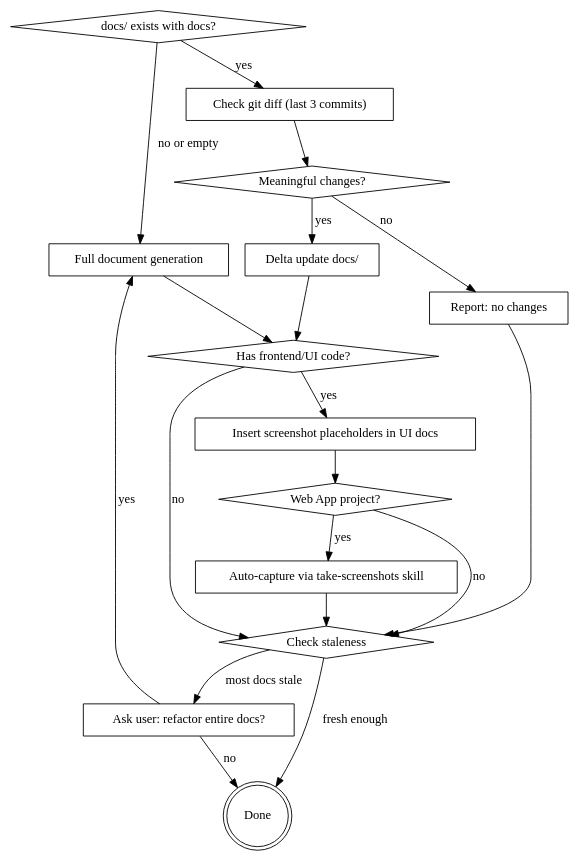
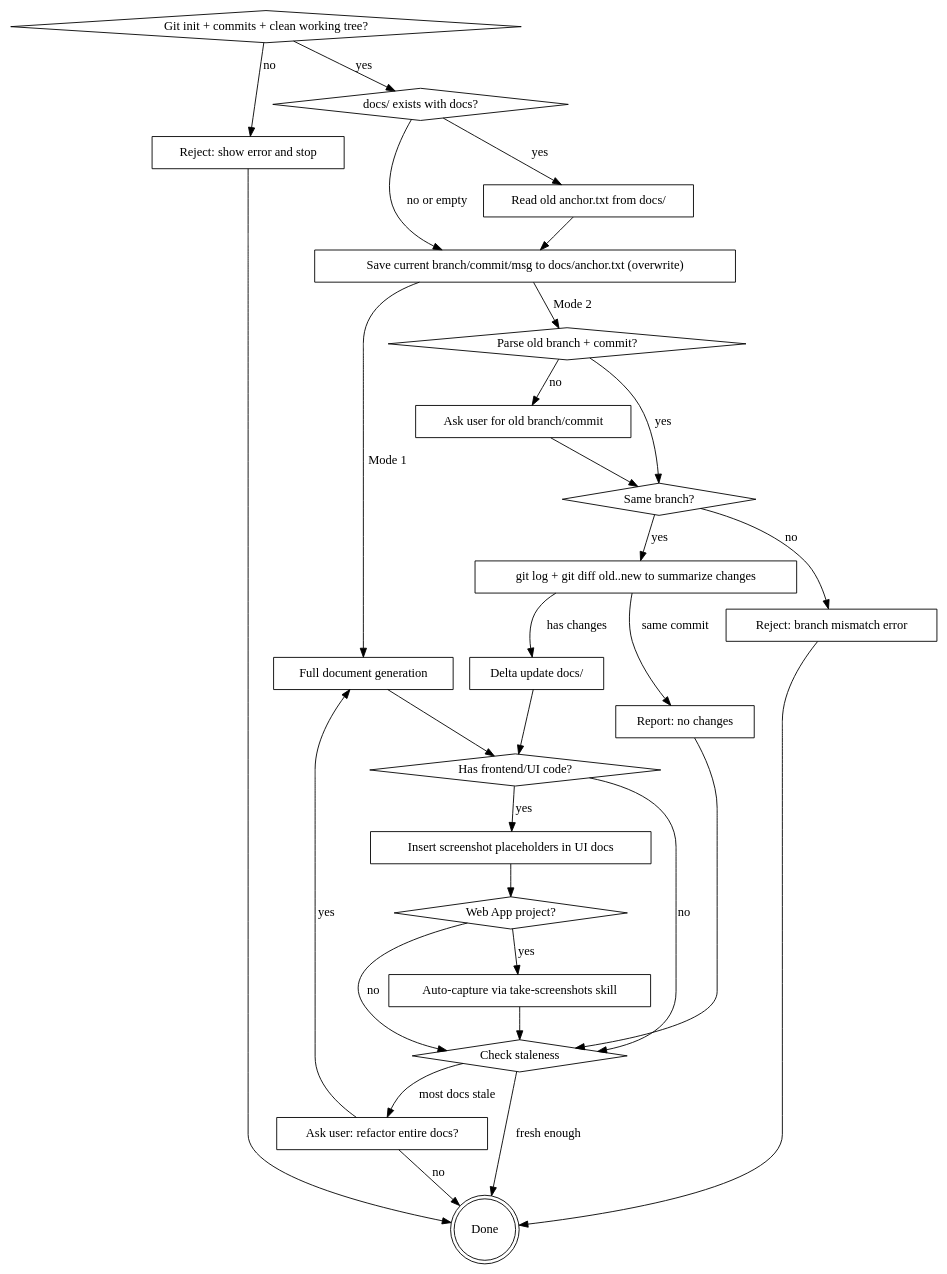
Before and after one commit to zhang-songhan/yanzhi-docs-generator: the diagram in skills/writing-docs/SKILL.md, drawn with Graphviz. The commit also changed other lines of this file and 2 other files, not shown here.

Commit message:
v260604-141023 docs. add git validation, anchor.txt tracking, and branch-aware delta update to writing-docs skill

````diff
--- a/skills/writing-docs/SKILL.md
+++ b/skills/writing-docs/SKILL.md
@@ -12,36 +12,54 @@
 ```dot
 digraph document_flow {
+    "Git init + commits + clean working tree?" [shape=diamond];
+    "Reject: show error and stop" [shape=box];
     "docs/ exists with docs?" [shape=diamond];
+    "Read old anchor.txt from docs/" [shape=box];
+    "Save current branch/commit/msg to docs/anchor.txt (overwrite)" [shape=box];
     "Full document generation" [shape=box];
-    "Check git diff (last 3 commits)" [shape=box];
-    "Meaningful changes?" [shape=diamond];
+    "Parse old branch + commit?" [shape=diamond];
+    "Ask user for old branch/commit" [shape=box];
+    "Same branch?" [shape=diamond];
+    "Reject: branch mismatch error" [shape=box];
+    "git log + git diff old..new to summarize changes" [shape=box];
     "Delta update docs/" [shape=box];
     "Report: no changes" [shape=box];
     "Has frontend/UI code?" [shape=diamond];
     "Insert screenshot placeholders in UI docs" [shape=box];
     "Web App project?" [shape=diamond];
     "Auto-capture via take-screenshots skill" [shape=box];
     "Check staleness" [shape=diamond];
     "Ask user: refactor entire docs?" [shape=box];
     "Done" [shape=doublecircle];
 
-    "docs/ exists with docs?" -> "Full document generation" [label="no or empty"];
-    "docs/ exists with docs?" -> "Check git diff (last 3 commits)" [label="yes"];
+    "Git init + commits + clean working tree?" -> "Reject: show error and stop" [label="no"];
+    "Git init + commits + clean working tree?" -> "docs/ exists with docs?" [label="yes"];
+    "docs/ exists with docs?" -> "Read old anchor.txt from docs/" [label="yes"];
+    "docs/ exists with docs?" -> "Save current branch/commit/msg to docs/anchor.txt (overwrite)" [label="no or empty"];
+    "Read old anchor.txt from docs/" -> "Save current branch/commit/msg to docs/anchor.txt (overwrite)";
+    "Save current branch/commit/msg to docs/anchor.txt (overwrite)" -> "Full document generation" [label="Mode 1"];
+    "Save current branch/commit/msg to docs/anchor.txt (overwrite)" -> "Parse old branch + commit?" [label="Mode 2"];
     "Full document generation" -> "Has frontend/UI code?";
-    "Check git diff (last 3 commits)" -> "Meaningful changes?";
-    "Meaningful changes?" -> "Delta update docs/" [label="yes"];
-    "Meaningful changes?" -> "Report: no changes" [label="no"];
+    "Parse old branch + commit?" -> "Ask user for old branch/commit" [label="no"];
+    "Parse old branch + commit?" -> "Same branch?" [label="yes"];
+    "Ask user for old branch/commit" -> "Same branch?";
+    "Same branch?" -> "Reject: branch mismatch error" [label="no"];
+    "Same branch?" -> "git log + git diff old..new to summarize changes" [label="yes"];
+    "git log + git diff old..new to summarize changes" -> "Delta update docs/" [label="has changes"];
+    "git log + git diff old..new to summarize changes" -> "Report: no changes" [label="same commit"];
     "Delta update docs/" -> "Has frontend/UI code?";
     "Has frontend/UI code?" -> "Insert screenshot placeholders in UI docs" [label="yes"];
     "Has frontend/UI code?" -> "Check staleness" [label="no"];
     "Insert screenshot placeholders in UI docs" -> "Web App project?";
     "Web App project?" -> "Auto-capture via take-screenshots skill" [label="yes"];
     "Web App project?" -> "Check staleness" [label="no"];
     "Auto-capture via take-screenshots skill" -> "Check staleness";
     "Report: no changes" -> "Check staleness";
+    "Reject: show error and stop" -> "Done";
+    "Reject: branch mismatch error" -> "Done";
     "Check staleness" -> "Ask user: refactor entire docs?" [label="most docs stale"];
     "Check staleness" -> "Done" [label="fresh enough"];
     "Ask user: refactor entire docs?" -> "Full document generation" [label="yes"];
     "Ask user: refactor entire docs?" -> "Done" [label="no"];
 }
 ```
````
